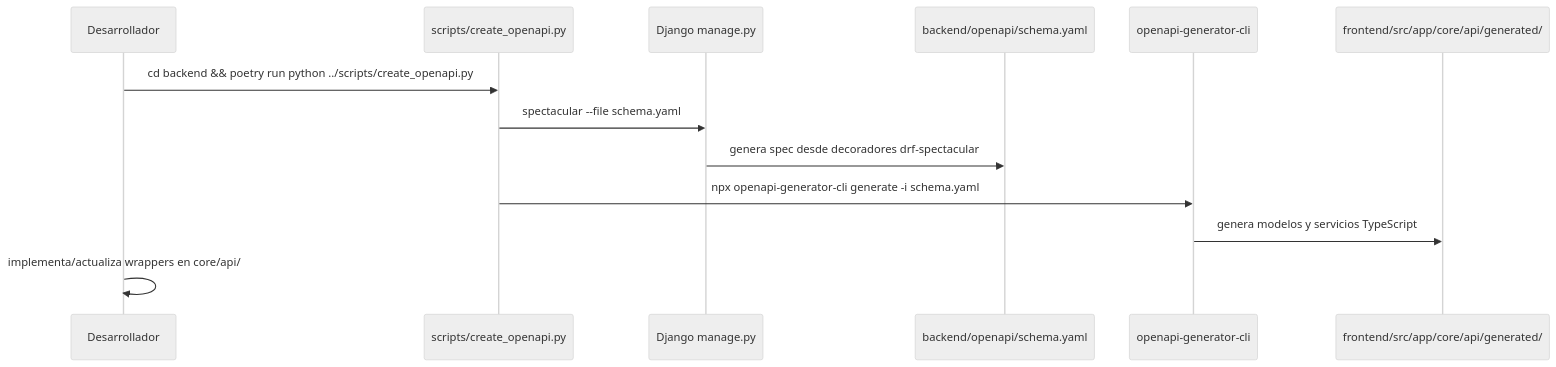
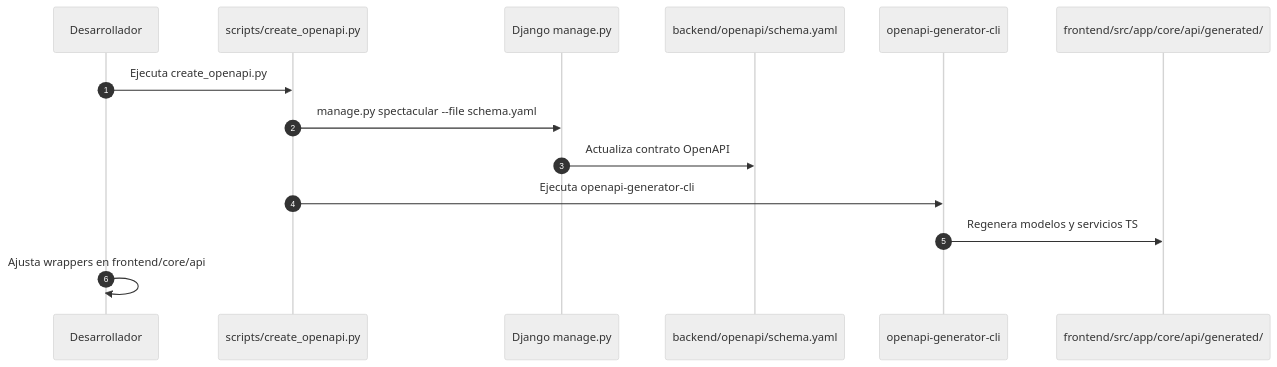
The fifth of 6 diagrams in README.md (chem-gl/chemistry-apps), drawn with Mermaid (neutral theme) before and after one commit. The commit also changed other lines of this file and 34 other files, not shown here.

````diff
--- a/README.md
+++ b/README.md
@@ -933,16 +969,17 @@
 ```mermaid
 sequenceDiagram
+  autonumber
   participant DEV as Desarrollador
   participant SCRIPT as scripts/create_openapi.py
   participant DJANGO as Django manage.py
   participant SPEC as backend/openapi/schema.yaml
   participant GEN as openapi-generator-cli
   participant CLIENT as frontend/src/app/core/api/generated/
 
-  DEV->>SCRIPT: cd backend && poetry run python ../scripts/create_openapi.py
-  SCRIPT->>DJANGO: spectacular --file schema.yaml
-  DJANGO->>SPEC: genera spec desde decoradores drf-spectacular
-  SCRIPT->>GEN: npx openapi-generator-cli generate -i schema.yaml
-  GEN->>CLIENT: genera modelos y servicios TypeScript
-  DEV->>DEV: implementa/actualiza wrappers en core/api/
+  DEV->>SCRIPT: Ejecuta create_openapi.py
+  SCRIPT->>DJANGO: manage.py spectacular --file schema.yaml
+  DJANGO->>SPEC: Actualiza contrato OpenAPI
+  SCRIPT->>GEN: Ejecuta openapi-generator-cli
+  GEN->>CLIENT: Regenera modelos y servicios TS
+  DEV->>DEV: Ajusta wrappers en frontend/core/api
 ```
````
